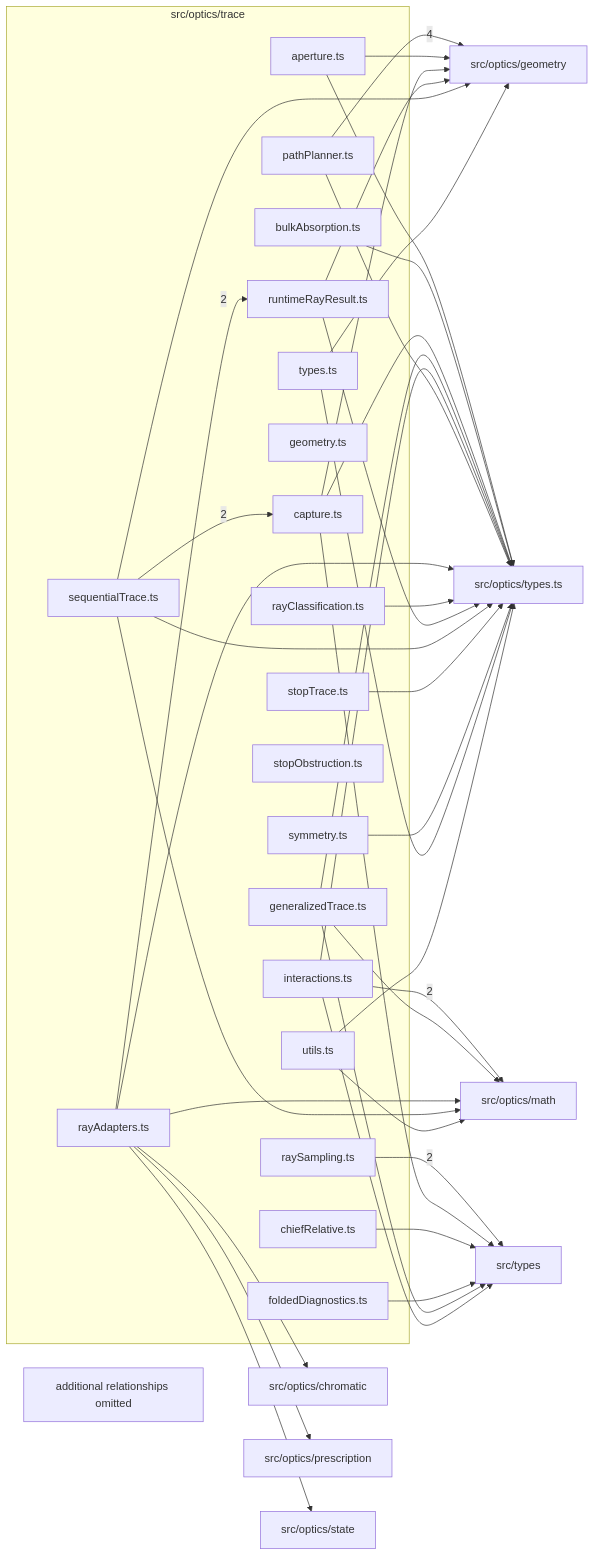
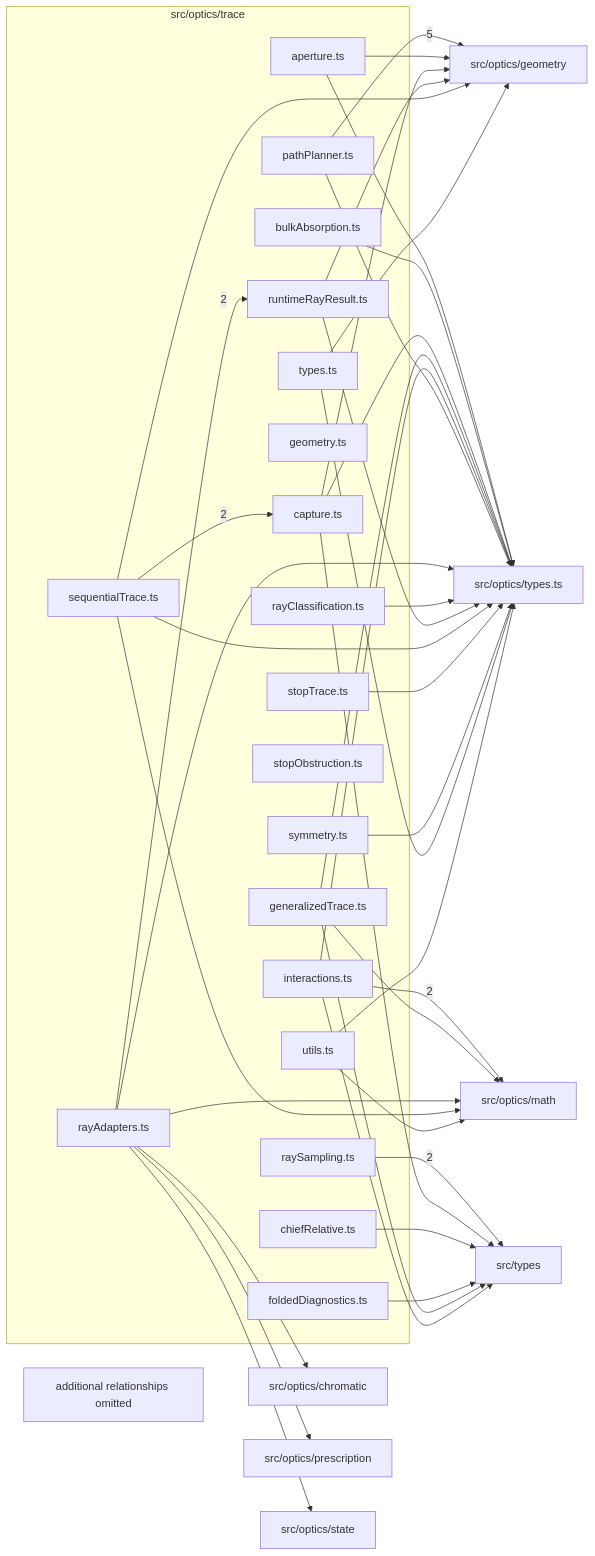
One commit to ronbuening/LensVisualizer changed the diagram in src/optics/trace/readme.md. Above: the diagram before and after it, drawn with Mermaid. The commit also changed other lines of this file and 46 other files, not shown here.

````diff
--- a/src/optics/trace/readme.md
+++ b/src/optics/trace/readme.md
@@ -9,68 +9,68 @@
 ```mermaid
 flowchart LR
   subgraph n_src_optics_trace["src/optics/trace"]
     n_src_optics_trace_src_optics_trace_aperture_ts["aperture.ts"]
     n_src_optics_trace_src_optics_trace_bulkAbsorption_ts["bulkAbsorption.ts"]
     n_src_optics_trace_src_optics_trace_capture_ts["capture.ts"]
     n_src_optics_trace_src_optics_trace_chiefRelative_ts["chiefRelative.ts"]
     n_src_optics_trace_src_optics_trace_foldedDiagnostics_ts["foldedDiagnostics.ts"]
     n_src_optics_trace_src_optics_trace_generalizedTrace_ts["generalizedTrace.ts"]
     n_src_optics_trace_src_optics_trace_geometry_ts["geometry.ts"]
     n_src_optics_trace_src_optics_trace_interactions_ts["interactions.ts"]
     n_src_optics_trace_src_optics_trace_pathPlanner_ts["pathPlanner.ts"]
     n_src_optics_trace_src_optics_trace_rayAdapters_ts["rayAdapters.ts"]
     n_src_optics_trace_src_optics_trace_rayClassification_ts["rayClassification.ts"]
     n_src_optics_trace_src_optics_trace_raySampling_ts["raySampling.ts"]
     n_src_optics_trace_src_optics_trace_runtimeRayResult_ts["runtimeRayResult.ts"]
     n_src_optics_trace_src_optics_trace_sequentialTrace_ts["sequentialTrace.ts"]
     n_src_optics_trace_src_optics_trace_stopObstruction_ts["stopObstruction.ts"]
     n_src_optics_trace_src_optics_trace_stopTrace_ts["stopTrace.ts"]
     n_src_optics_trace_src_optics_trace_symmetry_ts["symmetry.ts"]
     n_src_optics_trace_src_optics_trace_types_ts["types.ts"]
     n_src_optics_trace_src_optics_trace_utils_ts["utils.ts"]
   end
   n_external_src_optics_geometry["src/optics/geometry"]
   n_external_src_optics_math["src/optics/math"]
   n_external_src_types["src/types"]
   n_external_src_optics_chromatic["src/optics/chromatic"]
   n_external_src_optics_prescription["src/optics/prescription"]
   n_external_src_optics_state["src/optics/state"]
   n_external_src_optics_types_ts["src/optics/types.ts"]
-  n_src_optics_trace_src_optics_trace_pathPlanner_ts --> |4| n_external_src_optics_geometry
+  n_src_optics_trace_src_optics_trace_pathPlanner_ts --> |5| n_external_src_optics_geometry
   n_src_optics_trace_src_optics_trace_interactions_ts --> |2| n_external_src_optics_math
   n_src_optics_trace_src_optics_trace_raySampling_ts --> |2| n_external_src_types
   n_src_optics_trace_src_optics_trace_sequentialTrace_ts --> |2| n_src_optics_trace_src_optics_trace_capture_ts
   n_src_optics_trace_src_optics_trace_rayAdapters_ts --> |2| n_src_optics_trace_src_optics_trace_runtimeRayResult_ts
   n_src_optics_trace_src_optics_trace_rayAdapters_ts --> n_external_src_optics_chromatic
   n_src_optics_trace_src_optics_trace_aperture_ts --> n_external_src_optics_geometry
   n_src_optics_trace_src_optics_trace_capture_ts --> n_external_src_optics_geometry
   n_src_optics_trace_src_optics_trace_runtimeRayResult_ts --> n_external_src_optics_geometry
   n_src_optics_trace_src_optics_trace_sequentialTrace_ts --> n_external_src_optics_geometry
   n_src_optics_trace_src_optics_trace_types_ts --> n_external_src_optics_geometry
   n_src_optics_trace_src_optics_trace_generalizedTrace_ts --> n_external_src_optics_math
   n_src_optics_trace_src_optics_trace_rayAdapters_ts --> n_external_src_optics_math
   n_src_optics_trace_src_optics_trace_sequentialTrace_ts --> n_external_src_optics_math
   n_src_optics_trace_src_optics_trace_utils_ts --> n_external_src_optics_math
   n_src_optics_trace_src_optics_trace_rayAdapters_ts --> n_external_src_optics_prescription
   n_src_optics_trace_src_optics_trace_rayAdapters_ts --> n_external_src_optics_state
   n_src_optics_trace_src_optics_trace_aperture_ts --> n_external_src_optics_types_ts
   n_src_optics_trace_src_optics_trace_bulkAbsorption_ts --> n_external_src_optics_types_ts
   n_src_optics_trace_src_optics_trace_capture_ts --> n_external_src_optics_types_ts
   n_src_optics_trace_src_optics_trace_generalizedTrace_ts --> n_external_src_optics_types_ts
   n_src_optics_trace_src_optics_trace_interactions_ts --> n_external_src_optics_types_ts
   n_src_optics_trace_src_optics_trace_pathPlanner_ts --> n_external_src_optics_types_ts
   n_src_optics_trace_src_optics_trace_rayAdapters_ts --> n_external_src_optics_types_ts
   n_src_optics_trace_src_optics_trace_rayClassification_ts --> n_external_src_optics_types_ts
   n_src_optics_trace_src_optics_trace_runtimeRayResult_ts --> n_external_src_optics_types_ts
   n_src_optics_trace_src_optics_trace_sequentialTrace_ts --> n_external_src_optics_types_ts
   n_src_optics_trace_src_optics_trace_stopTrace_ts --> n_external_src_optics_types_ts
   n_src_optics_trace_src_optics_trace_symmetry_ts --> n_external_src_optics_types_ts
   n_src_optics_trace_src_optics_trace_types_ts --> n_external_src_optics_types_ts
   n_src_optics_trace_src_optics_trace_utils_ts --> n_external_src_optics_types_ts
   n_src_optics_trace_src_optics_trace_capture_ts --> n_external_src_types
   n_src_optics_trace_src_optics_trace_chiefRelative_ts --> n_external_src_types
   n_src_optics_trace_src_optics_trace_foldedDiagnostics_ts --> n_external_src_types
   n_src_optics_trace_src_optics_trace_generalizedTrace_ts --> n_external_src_types
   n_src_optics_trace_src_optics_trace_interactions_ts --> n_external_src_types
   n_src_optics_trace_truncated["additional relationships omitted"]
 ```
````
